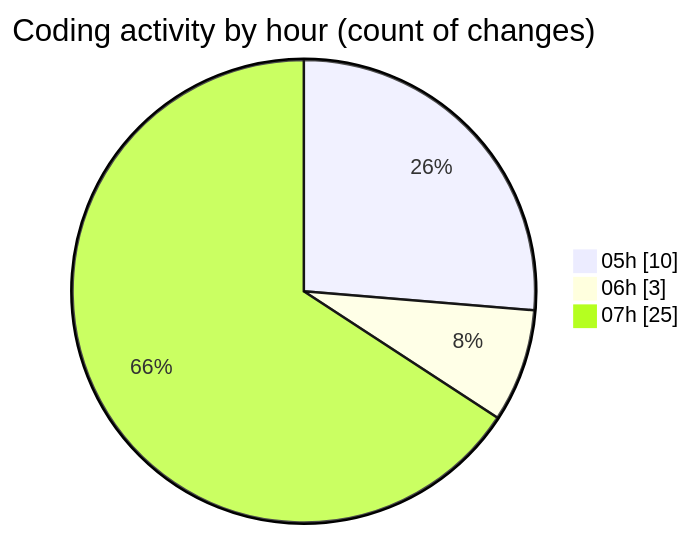
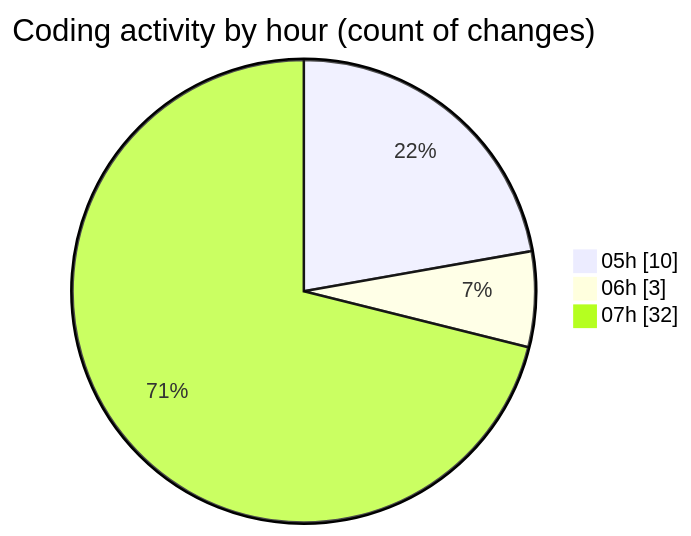
One commit to vahidmafi/code-tracking changed the second of 2 diagrams in 2025-09-06/shop/README.md. Above: the diagram before and after it, drawn with Mermaid. The commit also changed other lines of this file and 1 other file, not shown here.

````diff
--- a/2025-09-06/shop/README.md
+++ b/2025-09-06/shop/README.md
@@ -36,7 +36,7 @@
 ```mermaid
 pie showData
 title Coding activity by hour (count of changes)
 "05h" : 10
 "06h" : 3
-"07h" : 25
+"07h" : 32
 ```
````
